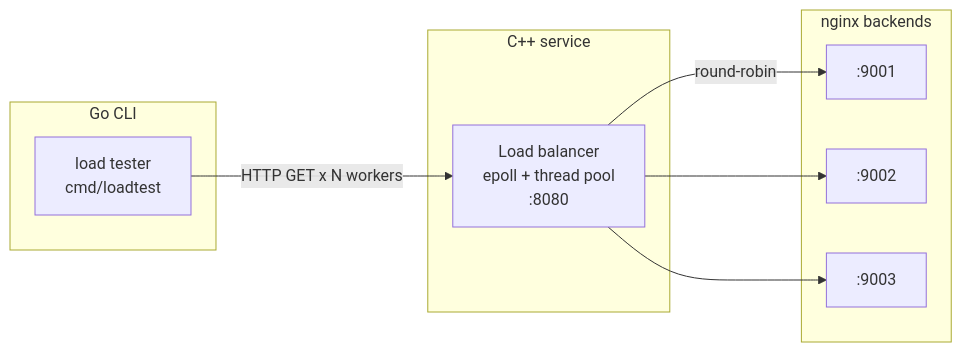
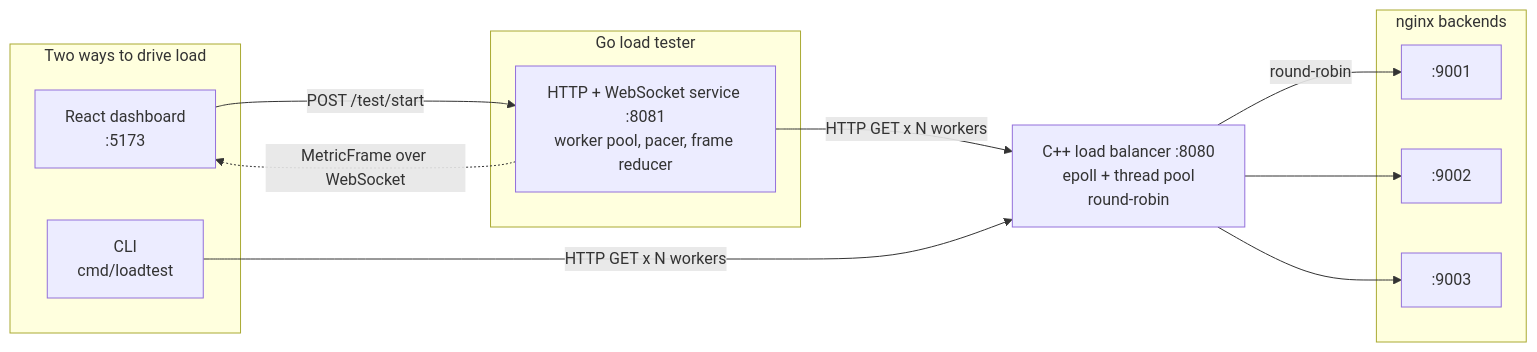
Before and after one commit to Brain256/conduit: the diagram in README.md, drawn with Mermaid. The commit also changed other lines of this file and 21 other files, not shown here.

````diff
--- a/README.md
+++ b/README.md
@@ -28,21 +20,27 @@
 ```mermaid
 flowchart LR
-    subgraph go["Go CLI"]
-        T["load tester<br/>cmd/loadtest"]
+    subgraph front["Two ways to drive load"]
+        UI["React dashboard<br/>:5173"]
+        CLI["CLI<br/>cmd/loadtest"]
     end
 
-    subgraph cpp["C++ service"]
-        LB["Load balancer<br/>epoll + thread pool<br/>:8080"]
+    subgraph go["Go load tester"]
+        SVC["HTTP + WebSocket service :8081<br/>worker pool, pacer, frame reducer"]
     end
+
+    LB["C++ load balancer :8080<br/>epoll + thread pool<br/>round-robin"]
 
     subgraph backends["nginx backends"]
         B1[":9001"]
         B2[":9002"]
         B3[":9003"]
     end
 
-    T -->|"HTTP GET x N workers"| LB
+    UI -->|"POST /test/start"| SVC
+    SVC -.->|"MetricFrame over WebSocket"| UI
+    SVC -->|"HTTP GET x N workers"| LB
+    CLI -->|"HTTP GET x N workers"| LB
     LB -->|round-robin| B1
     LB --> B2
     LB --> B3
 ```
````
